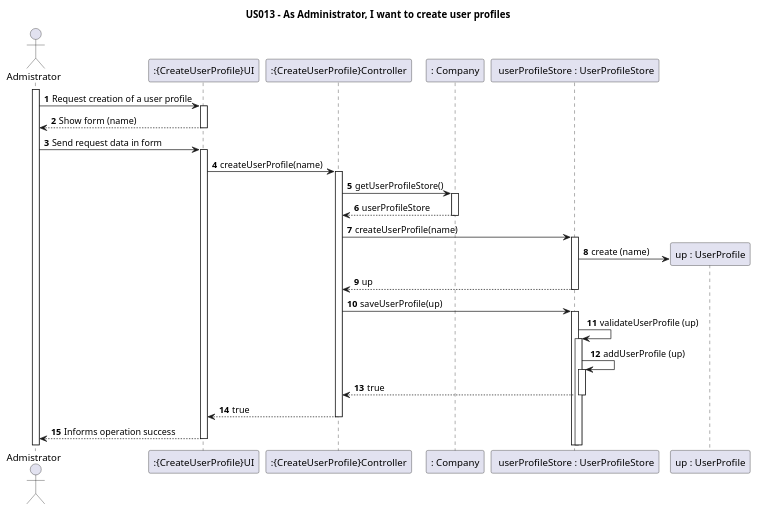
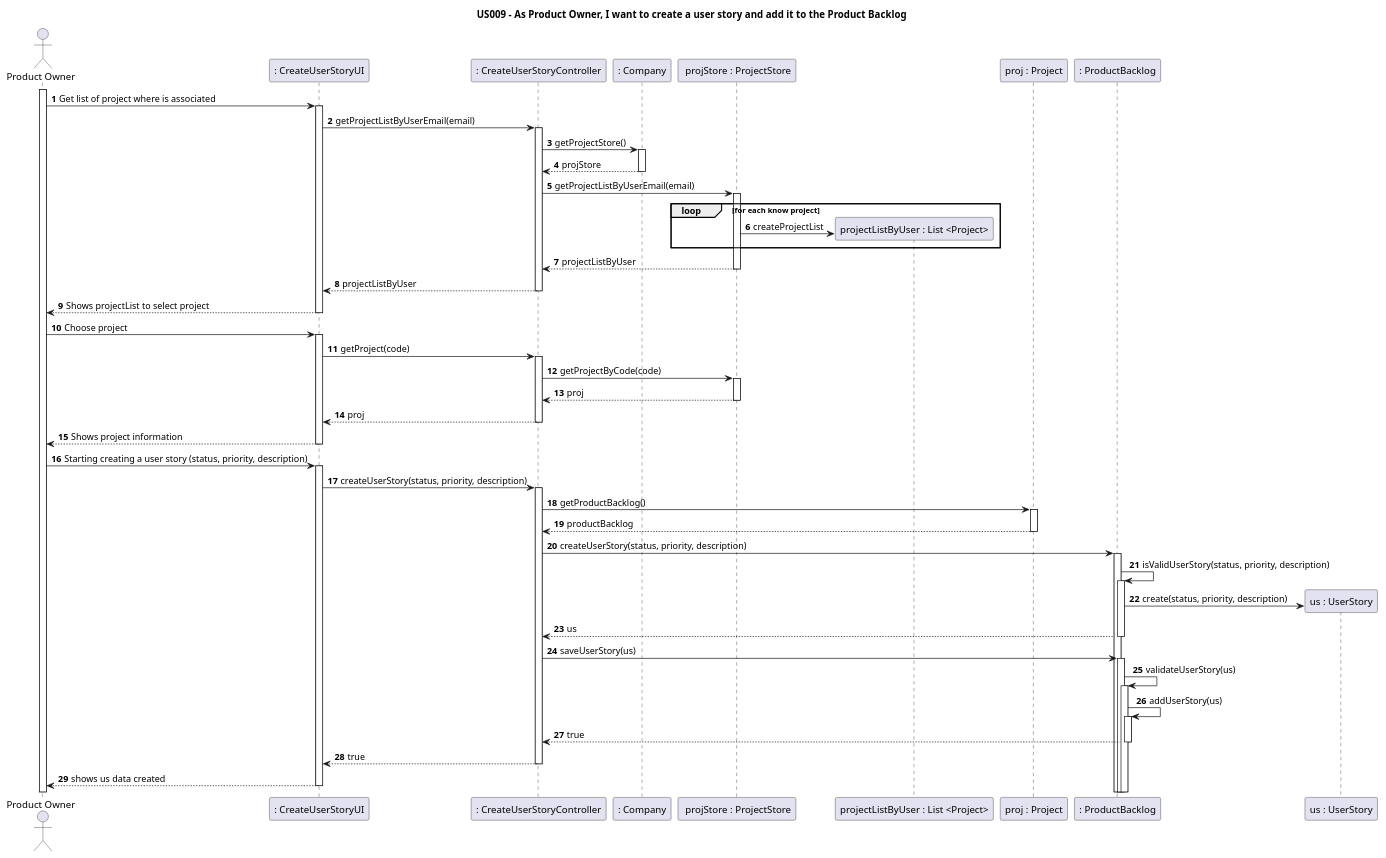
One commit to nunogon1211787/projectManagement changed the diagram in docs/US009/US009-SD.puml. Above: the diagram before and after it, drawn with PlantUML. The commit also changed 2 other files, not shown here.

Commit message:
Sequence model and class Diagram

```diff
--- a/docs/US009/US009-SD.puml
+++ b/docs/US009/US009-SD.puml
@@ -1,35 +1,58 @@
 @startuml
 'https://plantuml.com/sequence-diagram
 
-title US013 - As Administrator, I want to create user profiles
+title US009 - As Product Owner, I want to create a user story and add it to the Product Backlog
 
 autoactivate on
 autonumber
 
-actor "Admistrator" as User
-participant ":{CreateUserProfile}UI" as System
-participant ":{CreateUserProfile}Controller" as Ctrl
+actor "Product Owner" as User
+participant ": CreateUserStoryUI" as System
+participant ": CreateUserStoryController" as Ctrl
 participant ": Company" as C1
-participant " userProfileStore : UserProfileStore" as C2
-participant "up : UserProfile" as C3
-
+participant " projStore : ProjectStore" as C2
+participant "projectListByUser : List <Project>" as C2.1
+participant "proj : Project" as C3
+participant ": ProductBacklog" as C4
+participant "us : UserStory" as C5
 
 activate User
 
-User -> System: Request creation of a user profile
-System --> User: Show form (name)
-User -> System: Send request data in form
-System -> Ctrl: createUserProfile(name)
-Ctrl -> C1: getUserProfileStore()
-C1-->Ctrl: userProfileStore
-Ctrl-> C2 : createUserProfile(name)
-C2 -> C3 ** : create (name)
-C2-->Ctrl : up
-Ctrl->C2 : saveUserProfile(up)
-C2->C2 : validateUserProfile (up)
-C2->C2 : addUserProfile (up)
-C2--> Ctrl : true
-Ctrl--> System : true
-System--> User : Informs operation success
+User -> System: Get list of project where is associated
+System -> Ctrl: getProjectListByUserEmail(email)
+Ctrl -> C1: getProjectStore()
+C1 --> Ctrl: projStore
+Ctrl -> C2: getProjectListByUserEmail(email)
+ loop for each know project
+C2 -> C2.1 ** : createProjectList
+end
+
+C2 --> Ctrl: projectListByUser
+Ctrl --> System: projectListByUser
+System --> User : Shows projectList to select project
+
+User -> System: Choose project
+System -> Ctrl: getProject(code)
+Ctrl -> C2 : getProjectByCode(code)
+C2 --> Ctrl : proj
+Ctrl --> System : proj
+System --> User :Shows project information
+
+User -> System: Starting creating a user story (status, priority, description)
+System ->Ctrl: createUserStory(status, priority, description)
+Ctrl -> C3 : getProductBacklog()
+C3-->Ctrl : productBacklog
+Ctrl->C4: createUserStory(status, priority, description)
+C4->C4:isValidUserStory(status, priority, description)
+C4 -> C5 ** : create(status, priority, description)
+C4-->Ctrl: us
+Ctrl->C4 : saveUserStory(us)
+C4->C4 : validateUserStory(us)
+C4->C4 : addUserStory(us)
+C4-->Ctrl : true
+Ctrl-->System:true
+System--> User:shows us data created
+
+
 
 @enduml
```
